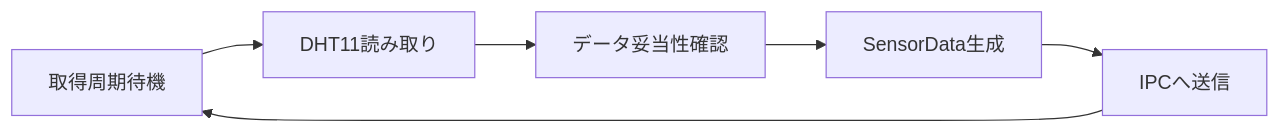
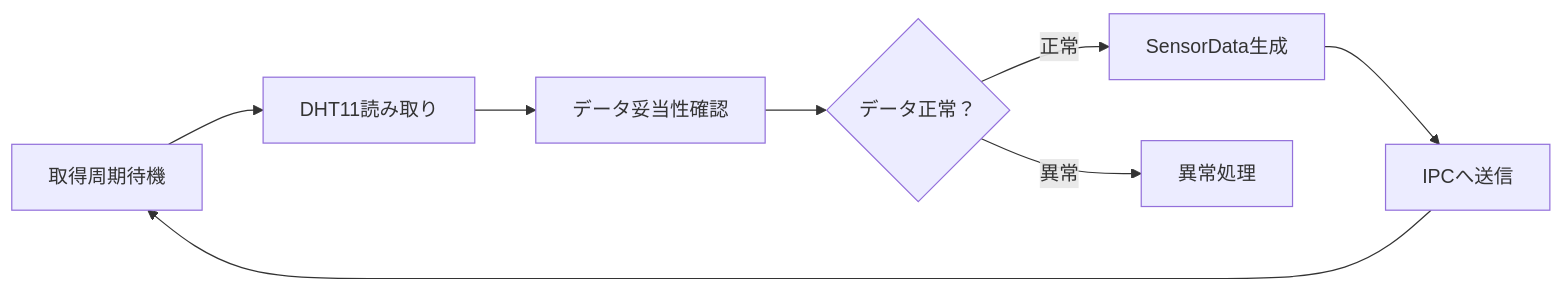
One commit to yujimasuda77777/Raspberry_Pi_4B_Edge_IoT_System changed the eighth of 15 diagrams in docs/04_data_ipc_communication.md. Above: the diagram before and after it, drawn with Mermaid. The commit also changed other lines of this file, not shown here.

````diff
--- a/docs/04_data_ipc_communication.md
+++ b/docs/04_data_ipc_communication.md
@@ -501,14 +506,18 @@
 ```mermaid
 flowchart LR
     Wait["取得周期待機"]
     Read["DHT11読み取り"]
     Check["データ妥当性確認"]
+    Valid{"データ正常？"}
     Create["SensorData生成"]
     Send["IPCへ送信"]
+    Error["異常処理"]
 
     Wait --> Read
     Read --> Check
-    Check --> Create
+    Check --> Valid
+    Valid -->|正常| Create
+    Valid -->|異常| Error
     Create --> Send
     Send --> Wait
 ```
````
